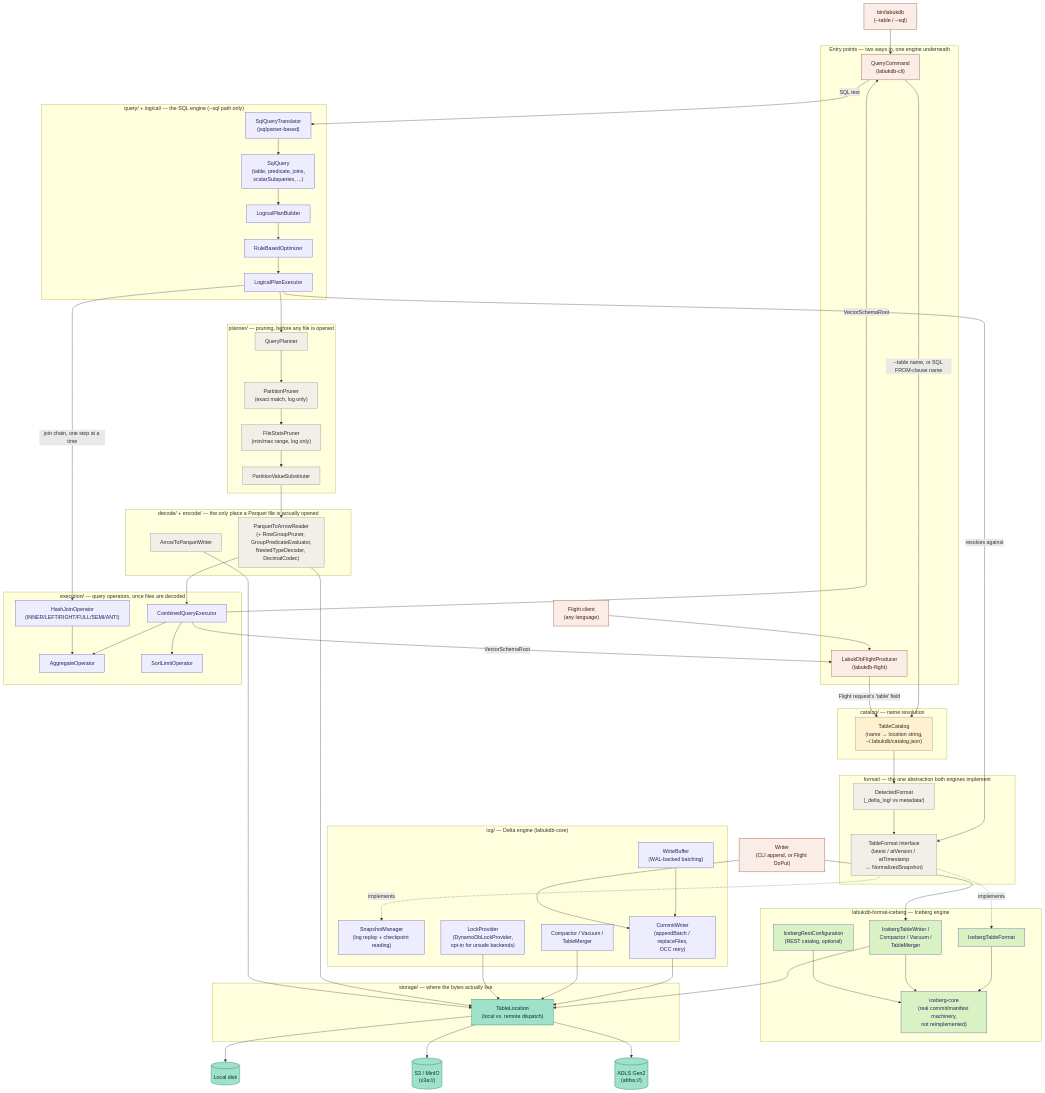
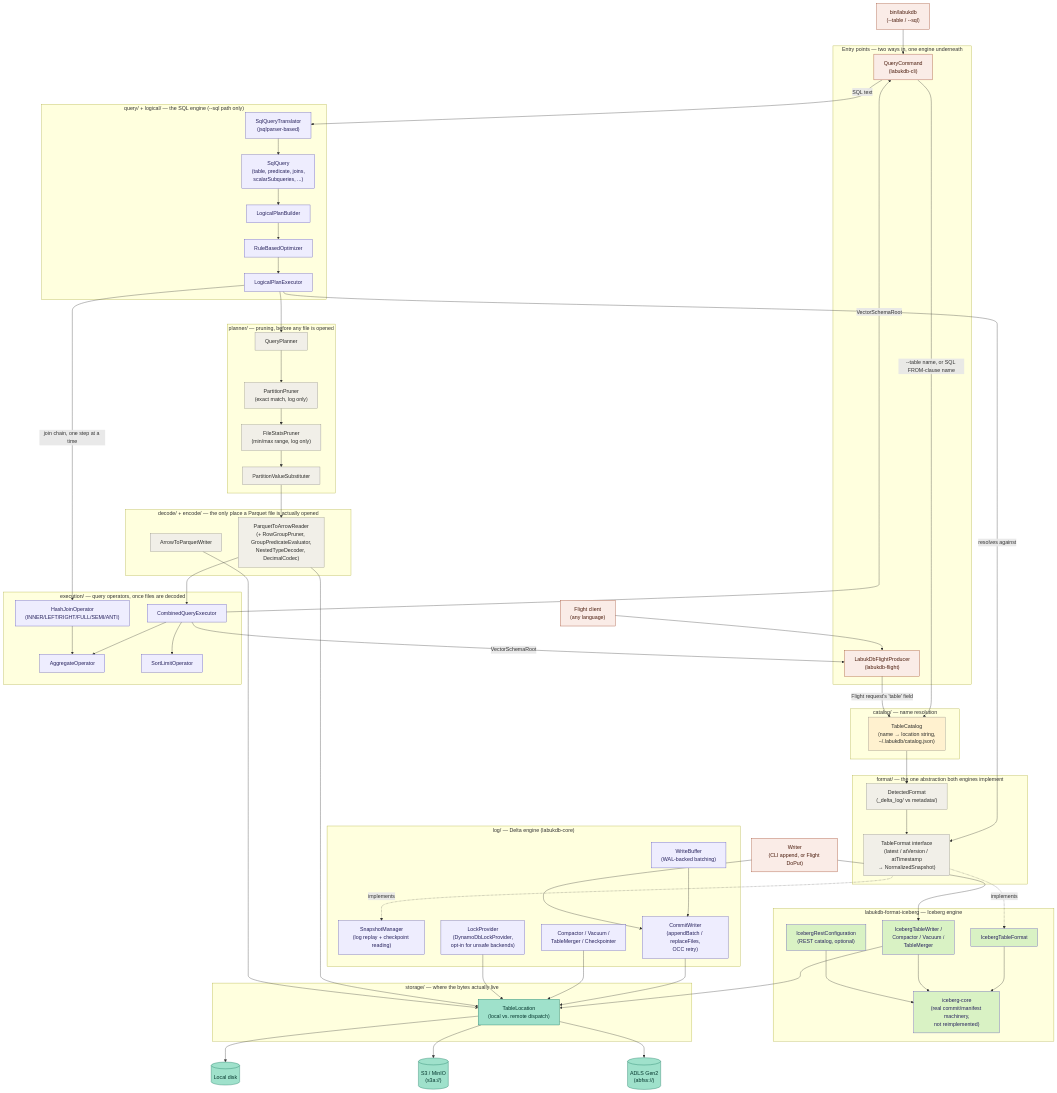
Before and after one commit to codelabuk/labukDB: the diagram in docs/diagrams/full-architecture.md, drawn with Mermaid. The commit also changed 17 other files, not shown here.

```diff
--- a/docs/diagrams/full-architecture.md
+++ b/docs/diagrams/full-architecture.md
@@ -57,7 +57,7 @@
         SM["SnapshotManager<br/>(log replay + checkpoint reading)"]:::deltaNode
         CW["CommitWriter<br/>(appendBatch / replaceFiles,<br/>OCC retry)"]:::deltaNode
         WB["WriteBuffer<br/>(WAL-backed batching)"]:::deltaNode
-        COMPACT["Compactor / Vacuum /<br/>TableMerger"]:::deltaNode
+        COMPACT["Compactor / Vacuum /<br/>TableMerger / Checkpointer"]:::deltaNode
         LOCK["LockProvider<br/>(DynamoDbLockProvider,<br/>opt-in for unsafe backends)"]:::deltaNode
     end
 
```
